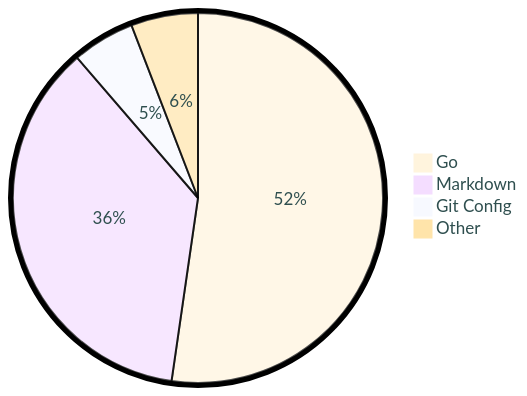
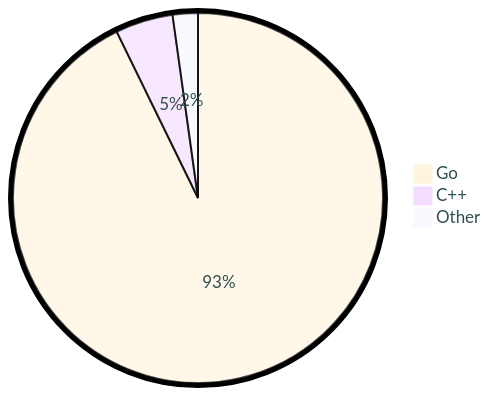
One commit to tot0p/tot0p changed the diagram in README.md. Above: the diagram before and after it, drawn with Mermaid. The commit also changed other lines of this file, not shown here.

````diff
--- a/README.md
+++ b/README.md
@@ -122,8 +119,7 @@
 ```mermaid
 %%{init: {"pie": {"textPosition": 0.5}, "themeVariables": {"pieOuterStrokeWidth": "5px","primaryTextColor" : "#2F4F4F"},"theme":"base"} }%%
 pie
-	"Go": 52.28
-	"Markdown": 36.39
-	"Git Config": 5.47
-	"Other": 5.85
+	"Go": 92.77
+	"C++": 5.04
+	"Other": 2.1999999999999997
 ```
````
